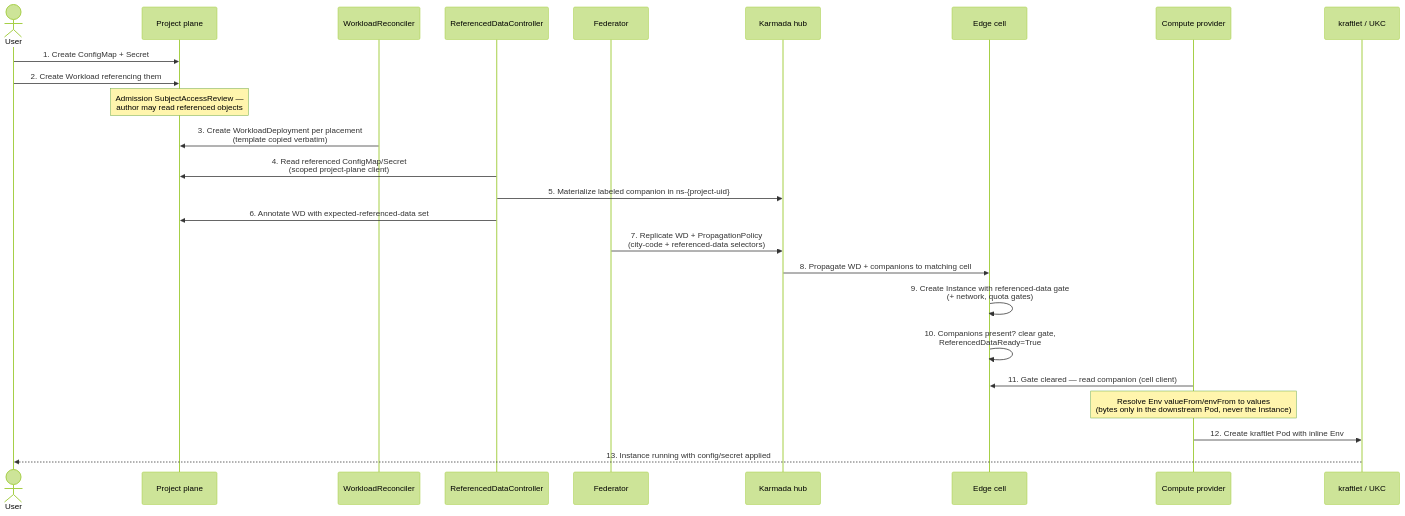
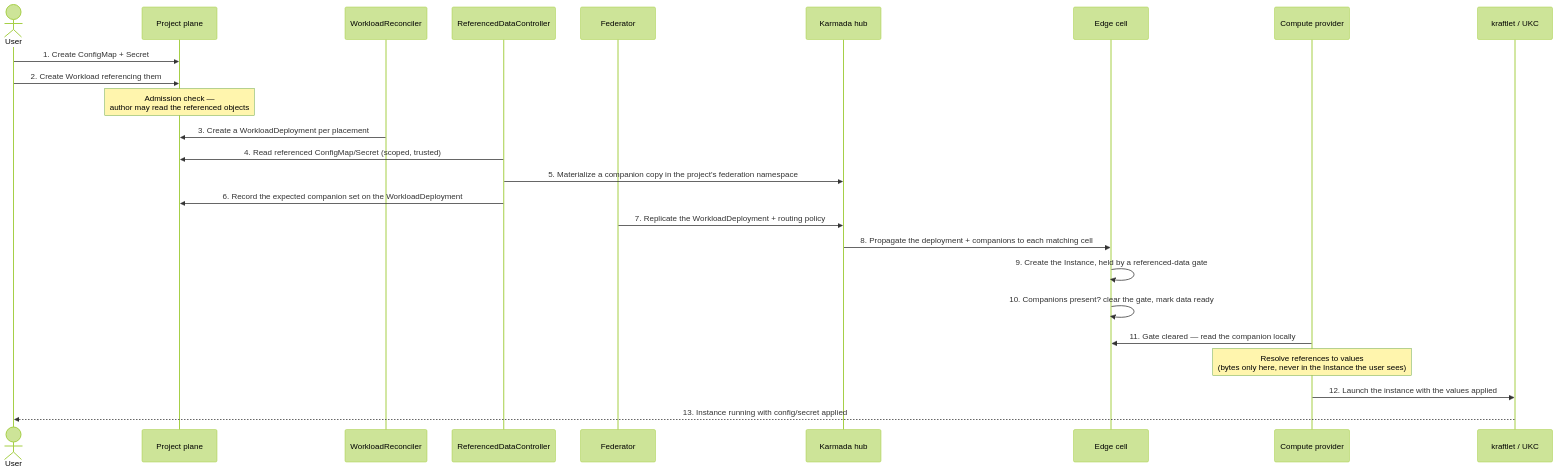
Before and after one commit to datum-cloud/compute: the diagram in docs/compute/development/rfcs/configmap-secret-mounts.md, drawn with Mermaid (forest theme). The commit also changed other lines of this file, not shown here.

First line of the commit message:
docs: Refocus ConfigMap/Secret RFC on product and design

````diff
--- a/docs/compute/development/rfcs/configmap-secret-mounts.md
+++ b/docs/compute/development/rfcs/configmap-secret-mounts.md
@@ -72,28 +75,28 @@
 ```mermaid
 sequenceDiagram
     actor User
     participant P as Project plane
     participant WC as WorkloadReconciler
     participant RDC as ReferencedDataController
     participant F as Federator
     participant K as Karmada hub
     participant C as Edge cell
     participant PR as Compute provider
     participant U as kraftlet / UKC
 
     User->>P: 1. Create ConfigMap + Secret
     User->>P: 2. Create Workload referencing them
-    Note over P: Admission SubjectAccessReview —<br/>author may read referenced objects
-    WC->>P: 3. Create WorkloadDeployment per placement<br/>(template copied verbatim)
-    RDC->>P: 4. Read referenced ConfigMap/Secret<br/>(scoped project-plane client)
-    RDC->>K: 5. Materialize labeled companion in ns-{project-uid}
-    RDC->>P: 6. Annotate WD with expected-referenced-data set
-    F->>K: 7. Replicate WD + PropagationPolicy<br/>(city-code + referenced-data selectors)
-    K->>C: 8. Propagate WD + companions to matching cell
-    C->>C: 9. Create Instance with referenced-data gate<br/>(+ network, quota gates)
-    C->>C: 10. Companions present? clear gate,<br/>ReferencedDataReady=True
-    PR->>C: 11. Gate cleared — read companion (cell client)
-    Note over PR: Resolve Env valueFrom/envFrom to values<br/>(bytes only in the downstream Pod, never the Instance)
-    PR->>U: 12. Create kraftlet Pod with inline Env
+    Note over P: Admission check —<br/>author may read the referenced objects
+    WC->>P: 3. Create a WorkloadDeployment per placement
+    RDC->>P: 4. Read referenced ConfigMap/Secret (scoped, trusted)
+    RDC->>K: 5. Materialize a companion copy in the project's federation namespace
+    RDC->>P: 6. Record the expected companion set on the WorkloadDeployment
+    F->>K: 7. Replicate the WorkloadDeployment + routing policy
+    K->>C: 8. Propagate the deployment + companions to each matching cell
+    C->>C: 9. Create the Instance, held by a referenced-data gate
+    C->>C: 10. Companions present? clear the gate, mark data ready
+    PR->>C: 11. Gate cleared — read the companion locally
+    Note over PR: Resolve references to values<br/>(bytes only here, never in the Instance the user sees)
+    PR->>U: 12. Launch the instance with the values applied
     U-->>User: 13. Instance running with config/secret applied
 ```
````
